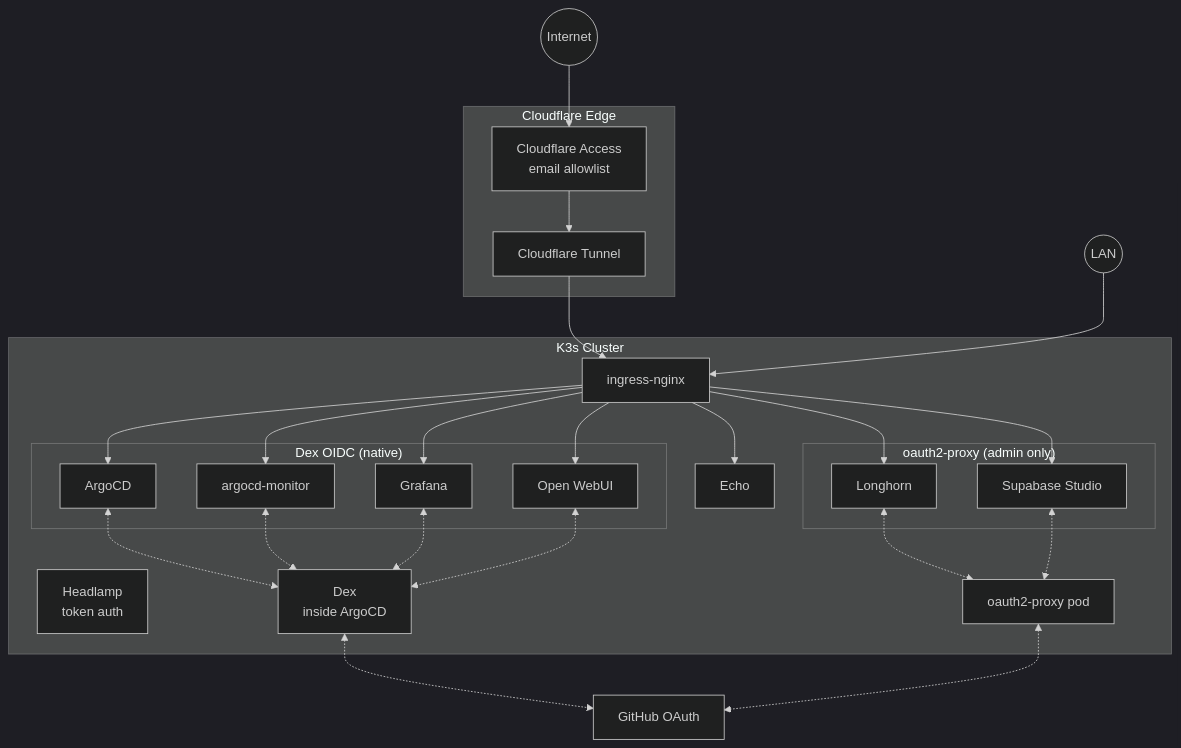
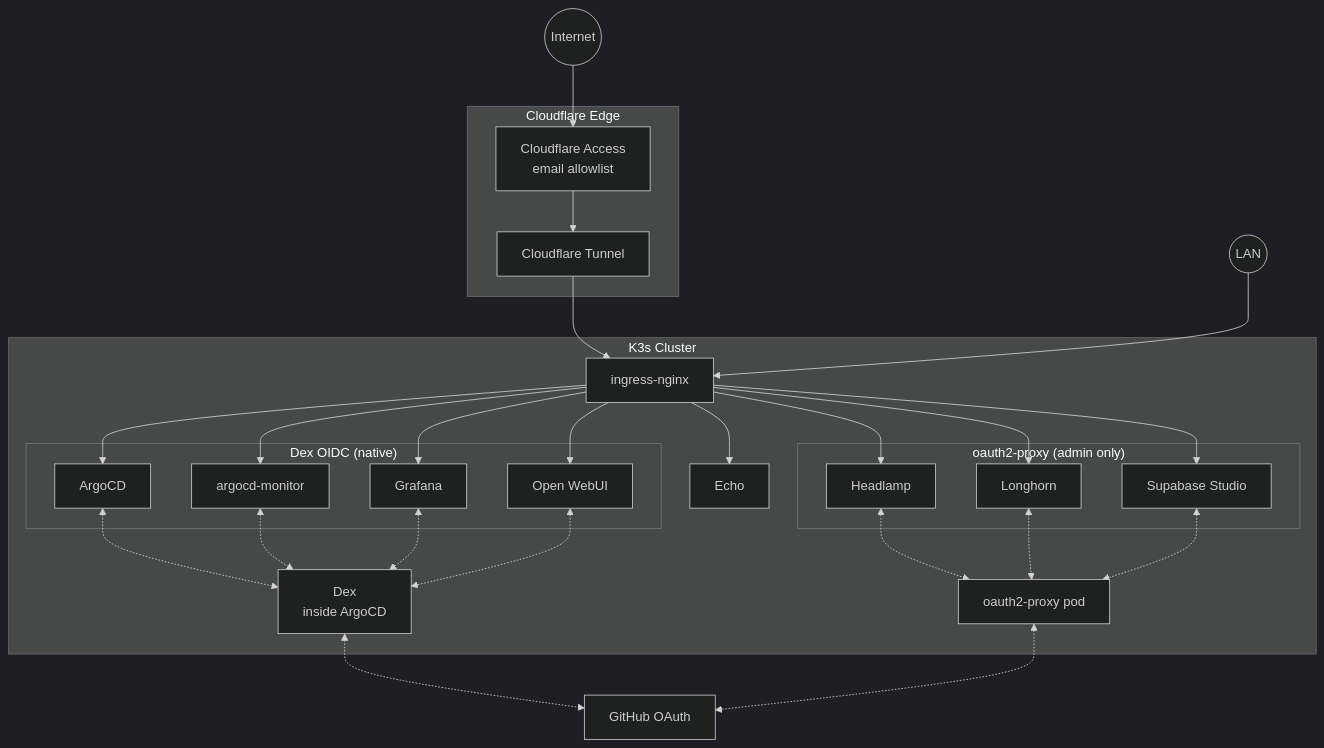
The sixth of 6 diagrams in docs/explanations/authentication.md (gilesknap/tpi-k3s-ansible), drawn with Mermaid (dark theme) before and after one commit. The commit also changed other lines of this file and 7 other files, not shown here.

````diff
--- a/docs/explanations/authentication.md
+++ b/docs/explanations/authentication.md
@@ -243,56 +243,59 @@
 ```{mermaid}
 flowchart TB
     Internet((Internet))
     LAN((LAN))
 
     subgraph Cloudflare["Cloudflare Edge"]
         CFA[Cloudflare Access<br/>email allowlist]
         CFT[Cloudflare Tunnel]
     end
 
     subgraph Cluster["K3s Cluster"]
         NGINX[ingress-nginx]
 
         subgraph DexAuth["Dex OIDC (native)"]
             ArgoCD
             Monitor[argocd-monitor]
             Grafana
             OpenWebUI[Open WebUI]
         end
 
-        Headlamp[Headlamp<br/>token auth]
+        Headlamp
 
         subgraph ProxyAuth["oauth2-proxy (admin only)"]
+            Headlamp
             Longhorn
             Supabase[Supabase Studio]
         end
 
         Echo
 
         OAP[oauth2-proxy pod]
         DexPod[Dex<br/>inside ArgoCD]
     end
 
     GH[GitHub OAuth]
 
     Internet --> CFA --> CFT --> NGINX
     LAN --> NGINX
 
     NGINX --> ArgoCD
     NGINX --> Monitor
     NGINX --> Grafana
     NGINX --> OpenWebUI
+    NGINX --> Headlamp
     NGINX --> Longhorn
     NGINX --> Supabase
     NGINX --> Echo
 
     ArgoCD <-.-> DexPod
     Monitor <-.-> DexPod
     Grafana <-.-> DexPod
     OpenWebUI <-.-> DexPod
+    Headlamp <-.-> OAP
     Longhorn <-.-> OAP
     Supabase <-.-> OAP
 
     DexPod <-.-> GH
     OAP <-.-> GH
 ```
````
